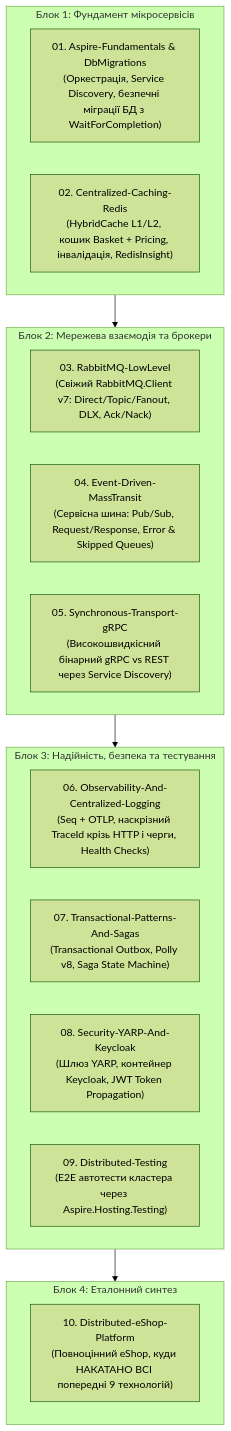
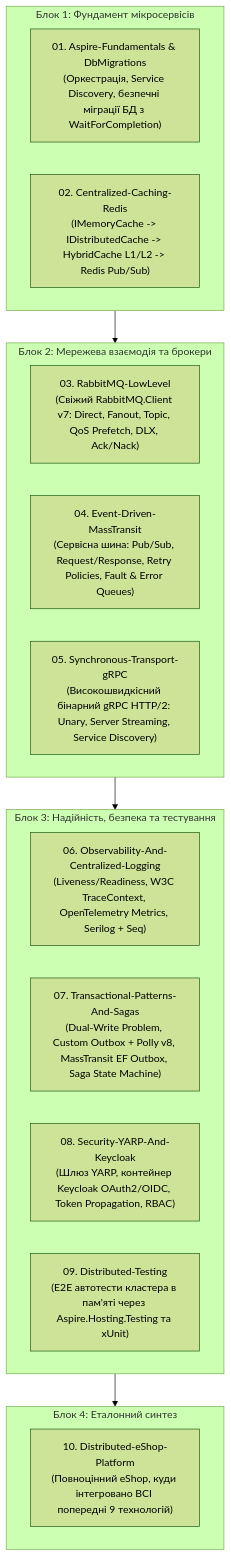
The diagram in README.md (MrTomkaYurii/Microservices-Aspire-Mastery), drawn with Mermaid (forest theme) before and after one commit. The commit also changed other lines of this file and 49 other files, not shown here.

````diff
--- a/README.md
+++ b/README.md
@@ -20,38 +20,28 @@
 ```mermaid
 flowchart TD
     subgraph Fundamentals ["Блок 1: Фундамент мікросервісів"]
-        M1["01. Aspire-Fundamentals & DbMigrations
-(Оркестрація, Service Discovery, безпечні міграції БД з WaitForCompletion)"]
-        M2["02. Centralized-Caching-Redis
-(HybridCache L1/L2, кошик Basket + Pricing, інвалідація, RedisInsight)"]
+        M1["01. Aspire-Fundamentals & DbMigrations<br/>(Оркестрація, Service Discovery, безпечні міграції БД з WaitForCompletion)"]
+        M2["02. Centralized-Caching-Redis<br/>(IMemoryCache -> IDistributedCache -> HybridCache L1/L2 -> Redis Pub/Sub)"]
     end
 
     subgraph Communication ["Блок 2: Мережева взаємодія та брокери"]
-        M3["03. RabbitMQ-LowLevel
-(Свіжий RabbitMQ.Client v7: Direct/Topic/Fanout, DLX, Ack/Nack)"]
-        M4["04. Event-Driven-MassTransit
-(Сервісна шина: Pub/Sub, Request/Response, Error & Skipped Queues)"]
-        M5["05. Synchronous-Transport-gRPC
-(Високошвидкісний бінарний gRPC vs REST через Service Discovery)"]
+        M3["03. RabbitMQ-LowLevel<br/>(Свіжий RabbitMQ.Client v7: Direct, Fanout, Topic, QoS Prefetch, DLX, Ack/Nack)"]
+        M4["04. Event-Driven-MassTransit<br/>(Сервісна шина: Pub/Sub, Request/Response, Retry Policies, Fault & Error Queues)"]
+        M5["05. Synchronous-Transport-gRPC<br/>(Високошвидкісний бінарний gRPC HTTP/2: Unary, Server Streaming, Service Discovery)"]
     end
 
     subgraph EnterpriseCore ["Блок 3: Надійність, безпека та тестування"]
-        M6["06. Observability-And-Centralized-Logging
-(Seq + OTLP, наскрізний TraceId крізь HTTP і черги, Health Checks)"]
-        M7["07. Transactional-Patterns-And-Sagas
-(Transactional Outbox, Polly v8, Saga State Machine)"]
-        M8["08. Security-YARP-And-Keycloak
-(Шлюз YARP, контейнер Keycloak, JWT Token Propagation)"]
-        M9["09. Distributed-Testing
-(E2E автотести кластера через Aspire.Hosting.Testing)"]
+        M6["06. Observability-And-Centralized-Logging<br/>(Liveness/Readiness, W3C TraceContext, OpenTelemetry Metrics, Serilog + Seq)"]
+        M7["07. Transactional-Patterns-And-Sagas<br/>(Dual-Write Problem, Custom Outbox + Polly v8, MassTransit EF Outbox, Saga State Machine)"]
+        M8["08. Security-YARP-And-Keycloak<br/>(Шлюз YARP, контейнер Keycloak OAuth2/OIDC, Token Propagation, RBAC)"]
+        M9["09. Distributed-Testing<br/>(E2E автотести кластера в пам'яті через Aspire.Hosting.Testing та xUnit)"]
     end
 
     subgraph Capstone ["Блок 4: Еталонний синтез"]
-        M10["10. Distributed-eShop-Platform
-(Повноцінний eShop, куди НАКАТАНО ВСІ попередні 9 технологій)"]
+        M10["10. Distributed-eShop-Platform<br/>(Повноцінний eShop, куди інтегровано ВСІ попередні 9 технологій)"]
     end
 
     Fundamentals --> Communication
     Communication --> EnterpriseCore
     EnterpriseCore --> Capstone
 ```
````
